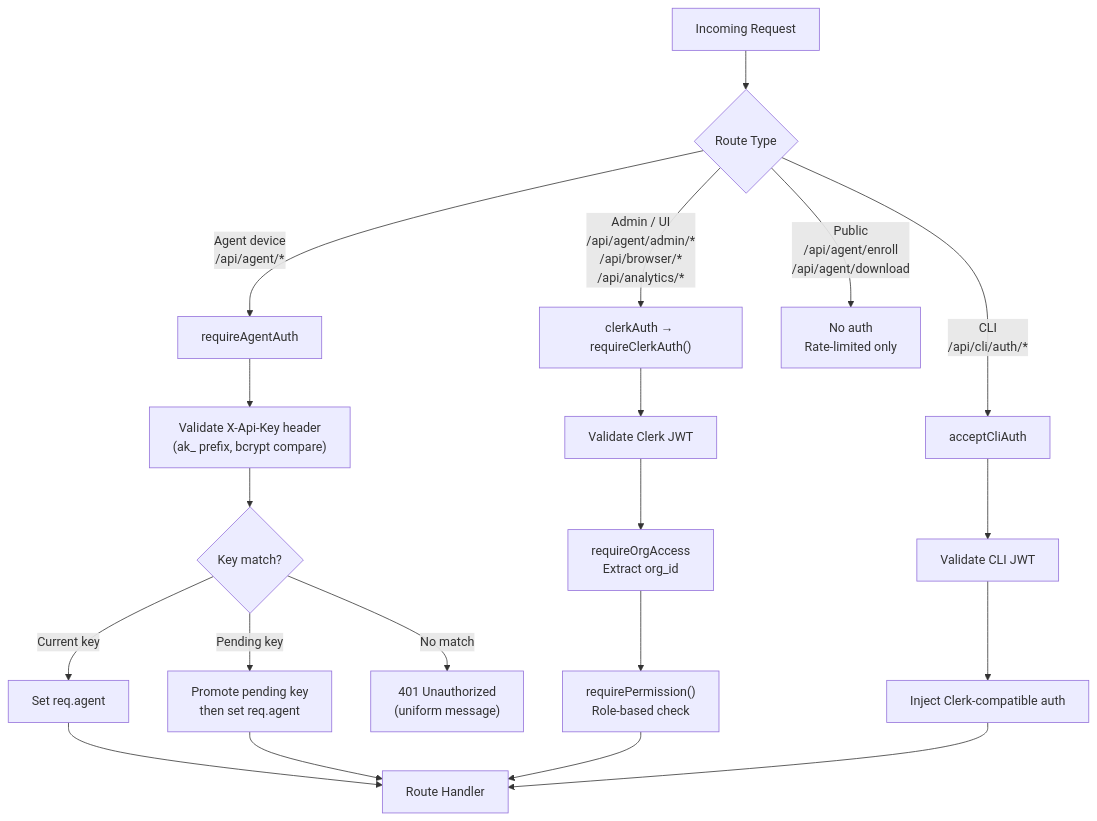
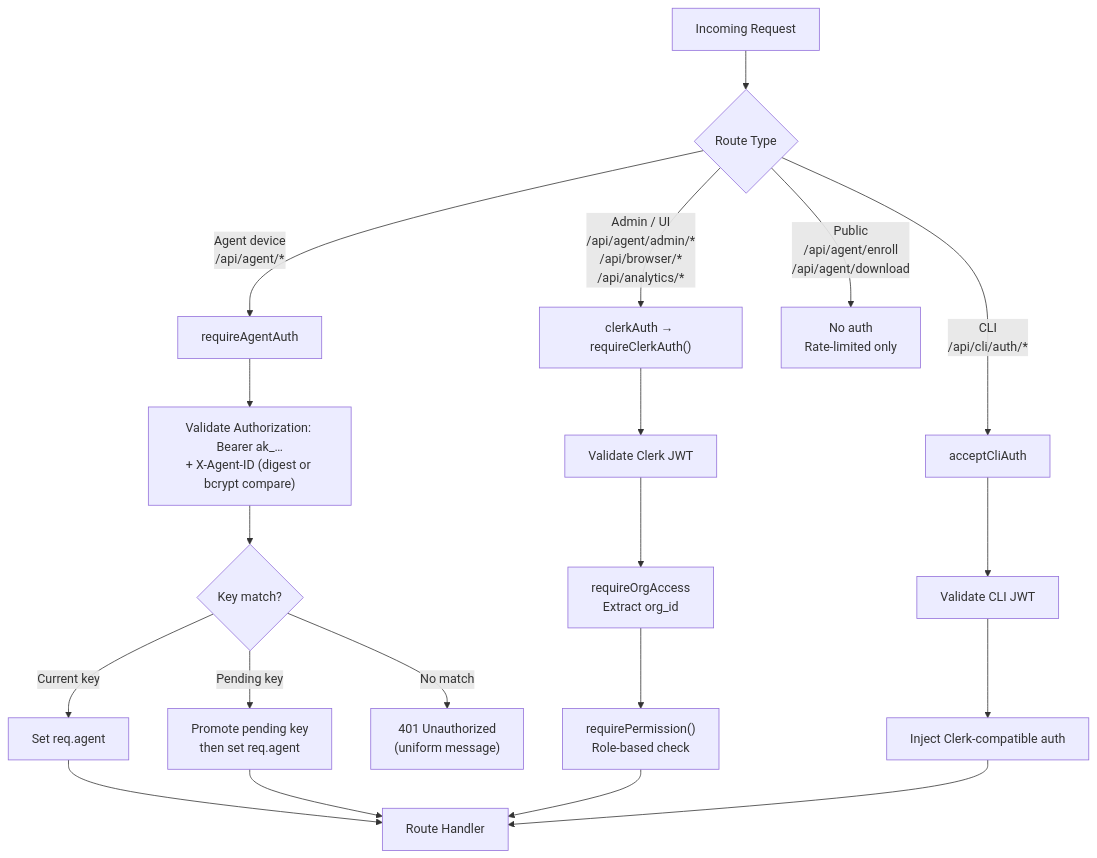
Before and after one commit to projectachilles/ProjectAchilles: the third of 3 diagrams in wiki/docs/developer-guide/backend/routes-middleware.md, drawn with Mermaid. The commit also changed other lines of this file and 136 other files, not shown here.

````diff
--- a/wiki/docs/developer-guide/backend/routes-middleware.md
+++ b/wiki/docs/developer-guide/backend/routes-middleware.md
@@ -149,27 +179,27 @@
 ```mermaid
 graph TD
     A[Incoming Request] --> B{Route Type}
 
     B -->|"Agent device<br/>/api/agent/*"| C[requireAgentAuth]
     B -->|"Admin / UI<br/>/api/agent/admin/*<br/>/api/browser/*<br/>/api/analytics/*"| D["clerkAuth → requireClerkAuth()"]
     B -->|"CLI<br/>/api/cli/auth/*"| E[acceptCliAuth]
     B -->|"Public<br/>/api/agent/enroll<br/>/api/agent/download"| F[No auth<br/>Rate-limited only]
 
-    C --> G["Validate X-Api-Key header<br/>(ak_ prefix, bcrypt compare)"]
+    C --> G["Validate Authorization: Bearer ak_…<br/>+ X-Agent-ID (digest or bcrypt compare)"]
     G --> H{Key match?}
     H -->|Current key| I[Set req.agent]
     H -->|Pending key| J["Promote pending key<br/>then set req.agent"]
     H -->|No match| K["401 Unauthorized<br/>(uniform message)"]
 
     D --> L[Validate Clerk JWT]
     L --> M[requireOrgAccess<br/>Extract org_id]
     M --> N["requirePermission()<br/>Role-based check"]
 
     E --> O[Validate CLI JWT]
     O --> P[Inject Clerk-compatible auth]
 
     I --> Q[Route Handler]
     J --> Q
     N --> Q
     P --> Q
 ```
````
